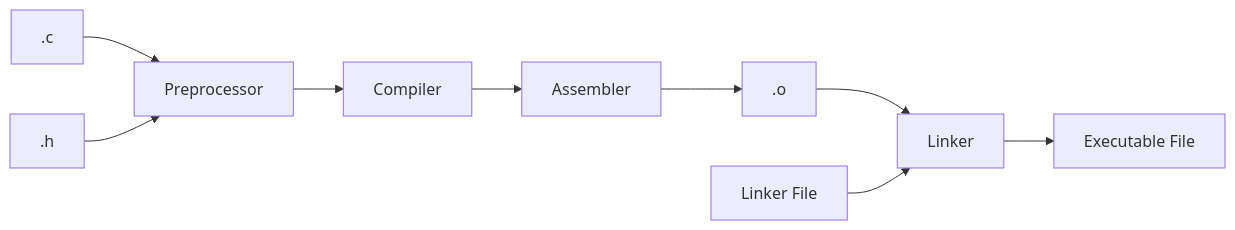
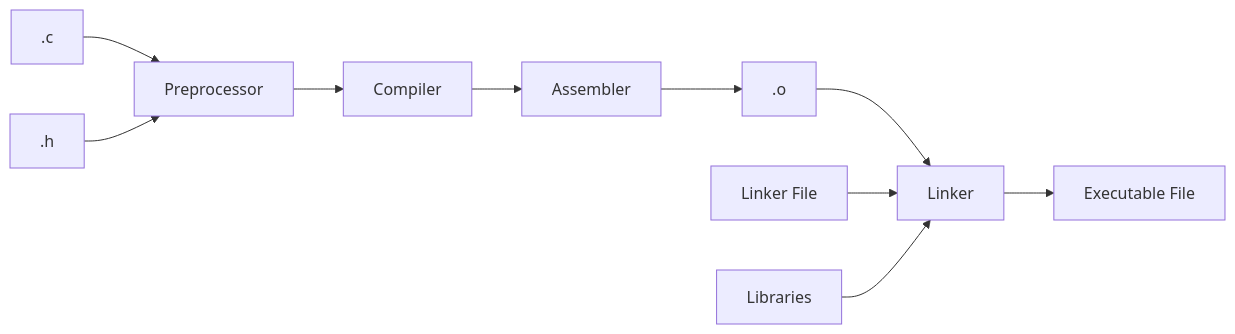
One commit to Dan-Nassirharand/dan.slidev changed the diagram in toolchains/intro.md. Above: the diagram before and after it, drawn with Mermaid. The commit also changed other lines of this file and 4 other files, not shown here.

````diff
--- a/toolchains/intro.md
+++ b/toolchains/intro.md
@@ -13,11 +13,12 @@
 ```mermaid
 flowchart LR
   sources[.c] --> Preprocessor
   headers[.h] --> Preprocessor
   Preprocessor --> Compiler
   Compiler --> Assembler
   Assembler --> objects[.o]
   objects --> Linker
   linkerFile[Linker File] --> Linker
+  Libraries --> Linker
   Linker --> output[Executable File]
 ```
````
